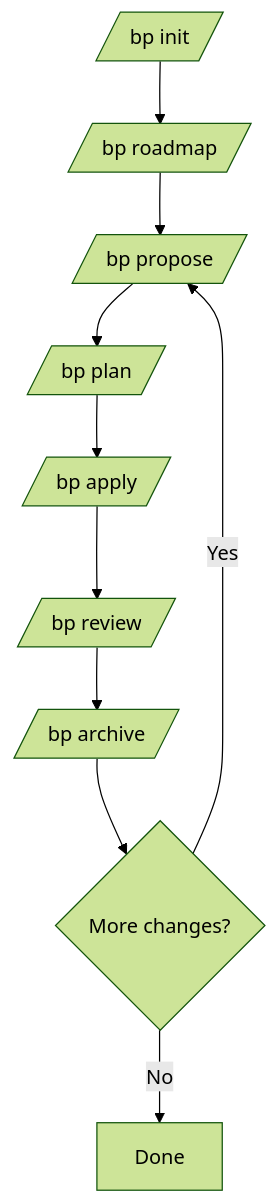
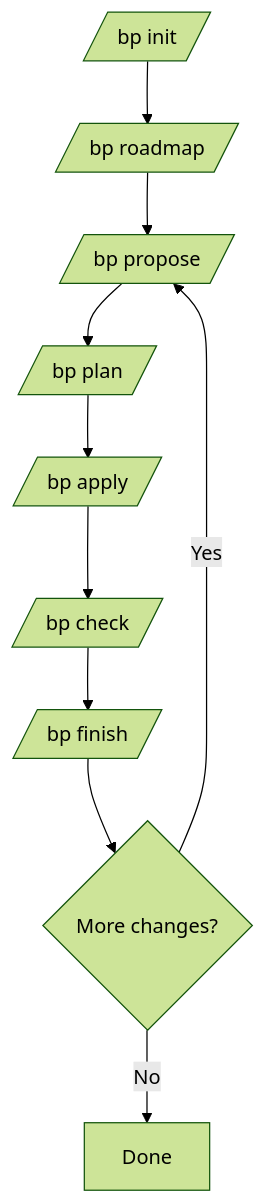
One commit to hyperion2144/blueprint changed the diagram in README.md. Above: the diagram before and after it, drawn with Mermaid (forest theme). The commit also changed other lines of this file, not shown here.

Commit message:
docs(readme): replace bp review/--fix with bp check + bp finish flow (Q2)

````diff
--- a/README.md
+++ b/README.md
@@ -138,12 +139,12 @@
 ```mermaid
 flowchart TD
     A[/bp init/] --> B[/bp roadmap/]
     B --> C[/bp propose/]
     C --> D[/bp plan/]
     D --> E[/bp apply/]
-    E --> F[/bp review/]
-    F --> G[/bp archive/]
+    E --> F[/bp check/]
+    F --> G[/bp finish/]
     G --> H{More changes?}
     H -->|Yes| C
     H -->|No| I[Done]
 ```
````
